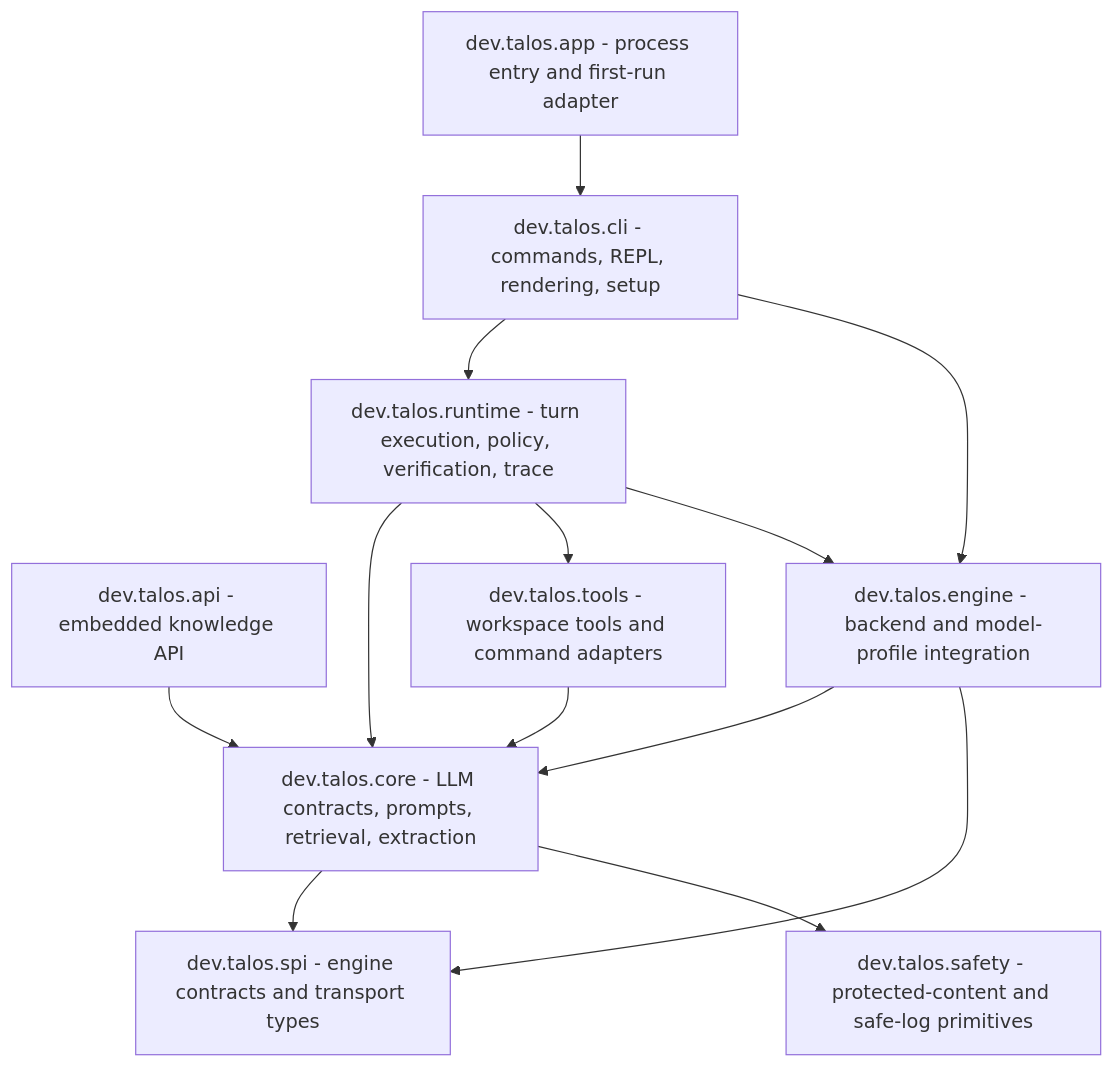
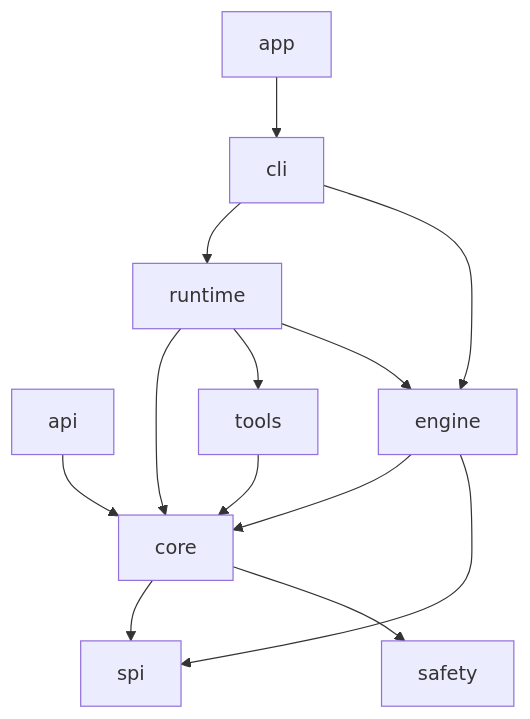
One commit to ai21z/talos-assistant changed the first of 2 diagrams in docs/architecture/package-map.md. Above: the diagram before and after it, drawn with Mermaid. The commit also changed other lines of this file and 17 other files, not shown here.

Commit message:
Website diagrams, layout stability and documentation navigation are improved.

````diff
--- a/docs/architecture/package-map.md
+++ b/docs/architecture/package-map.md
@@ -5,25 +5,27 @@
 ```mermaid
 flowchart TB
-    App["dev.talos.app - process entry and first-run adapter"]
-    API["dev.talos.api - embedded knowledge API"]
-    CLI["dev.talos.cli - commands, REPL, rendering, setup"]
-    Core["dev.talos.core - LLM contracts, prompts, retrieval, extraction"]
-    Runtime["dev.talos.runtime - turn execution, policy, verification, trace"]
-    Tools["dev.talos.tools - workspace tools and command adapters"]
-    Engine["dev.talos.engine - backend and model-profile integration"]
-    SPI["dev.talos.spi - engine contracts and transport types"]
-    Safety["dev.talos.safety - protected-content and safe-log primitives"]
+    accTitle: Package ownership and selected dependencies
+    accDescr: Nine production packages are shown once each. Arrows denote selected implementation dependencies, not execution order or a complete allowed-dependency matrix. Responsibilities are detailed in the table below.
+    App["app"]
+    API["api"]
+    CLI["cli"]
+    Core["core"]
+    Runtime["runtime"]
+    Tools["tools"]
+    Engine["engine"]
+    SPI["spi"]
+    Safety["safety"]
 
     App --> CLI
     API --> Core
     CLI --> Runtime
     CLI --> Engine
     Runtime --> Core
     Runtime --> Tools
     Runtime --> Engine
     Tools --> Core
     Engine --> Core
     Engine --> SPI
     Core --> SPI
     Core --> Safety
 ```
````
